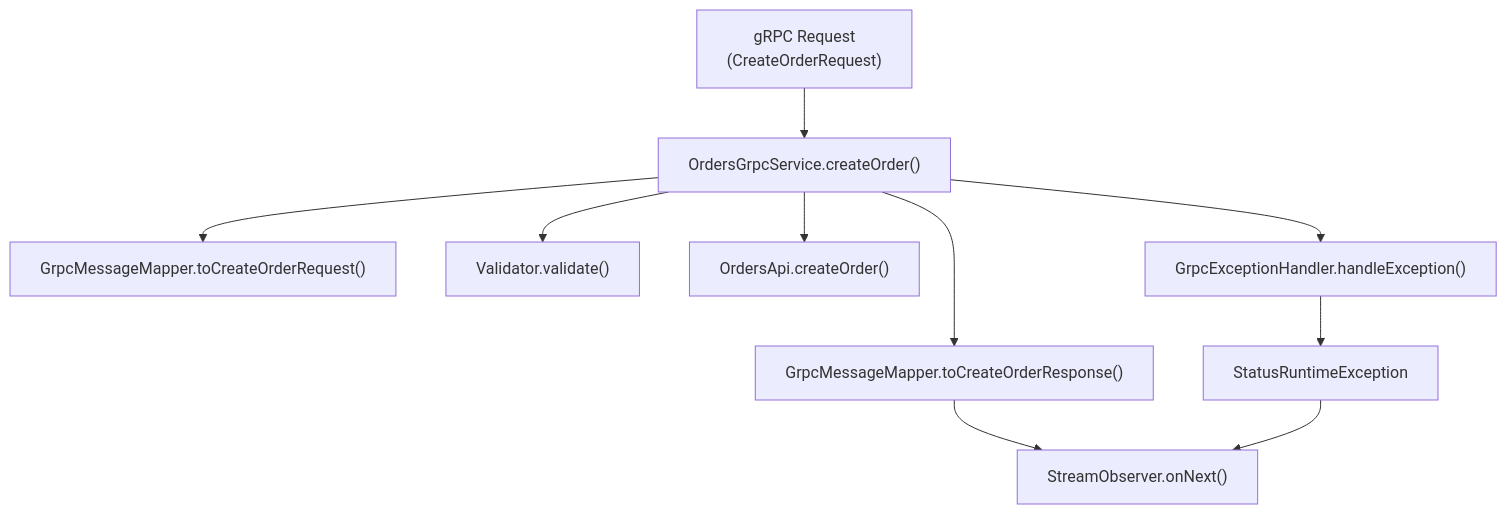
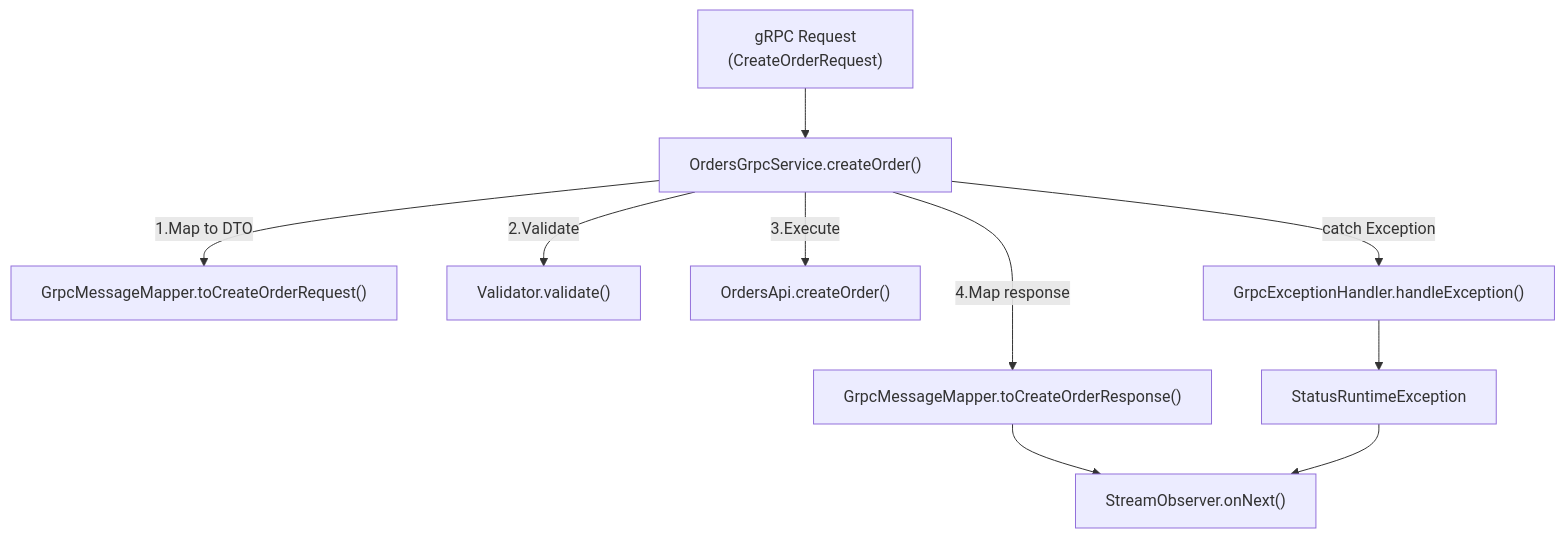
Before and after one commit to philipz/spring-modular-monolith: the fourth of 6 diagrams in docs/deepwiki/gRPC-Services-and-Protocol-Buffers.md, drawn with Mermaid. The commit also changed other lines of this file and 55 other files, not shown here.

````diff
--- a/docs/deepwiki/gRPC-Services-and-Protocol-Buffers.md
+++ b/docs/deepwiki/gRPC-Services-and-Protocol-Buffers.md
@@ -258,23 +258,23 @@
 ```mermaid
 flowchart TD
 
 Request["gRPC Request<br>(CreateOrderRequest)"]
 OrdersGrpcService["OrdersGrpcService.createOrder()"]
 Mapper["GrpcMessageMapper.toCreateOrderRequest()"]
 Validator["Validator.validate()"]
 OrdersApi["OrdersApi.createOrder()"]
 ResponseMapper["GrpcMessageMapper.toCreateOrderResponse()"]
 ResponseObserver["StreamObserver.onNext()"]
 ExceptionHandler["GrpcExceptionHandler.handleException()"]
 StatusRuntimeException["StatusRuntimeException"]
 
 Request --> OrdersGrpcService
-OrdersGrpcService --> Mapper
-OrdersGrpcService --> Validator
-OrdersGrpcService --> OrdersApi
-OrdersGrpcService --> ResponseMapper
+OrdersGrpcService -->|"1.Map to DTO"| Mapper
+OrdersGrpcService -->|"2.Validate"| Validator
+OrdersGrpcService -->|"3.Execute"| OrdersApi
+OrdersGrpcService -->|"4.Map response"| ResponseMapper
 ResponseMapper --> ResponseObserver
-OrdersGrpcService --> ExceptionHandler
+OrdersGrpcService -->|"catch Exception"| ExceptionHandler
 ExceptionHandler --> StatusRuntimeException
 StatusRuntimeException --> ResponseObserver
 ```
````
